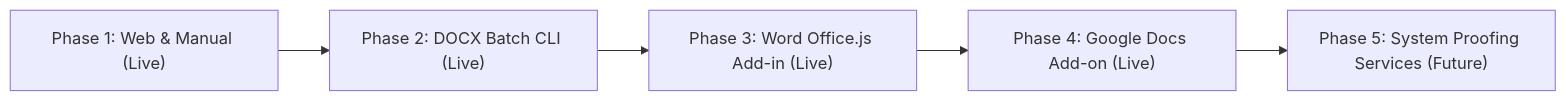
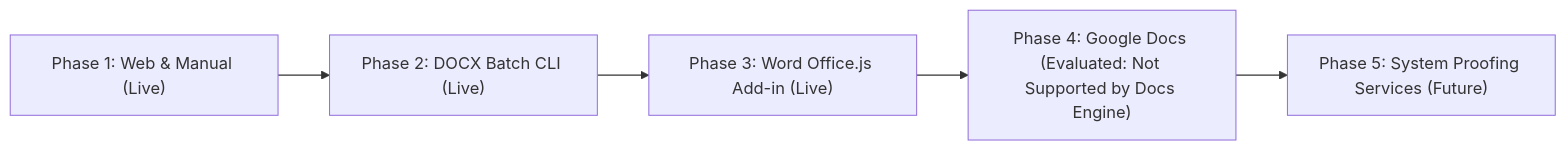
Before and after one commit to abishtakan/tamil-toolkit: the diagram in ROADMAP.md, drawn with Mermaid. The commit also changed other lines of this file and 7 other files, not shown here.

Commit message:
docs: remove Google Docs add-on implementation and document canvas engine line-breaking limitation

````diff
--- a/ROADMAP.md
+++ b/ROADMAP.md
@@ -28,7 +28,7 @@
 ```mermaid
 flowchart LR
     P1["Phase 1: Web & Manual (Live)"] --> P2["Phase 2: DOCX Batch CLI (Live)"]
     P2 --> P3["Phase 3: Word Office.js Add-in (Live)"]
-    P3 --> P4["Phase 4: Google Docs Add-on (Live)"]
+    P3 --> P4["Phase 4: Google Docs (Evaluated: Not Supported by Docs Engine)"]
     P4 --> P5["Phase 5: System Proofing Services (Future)"]
 ```
````
